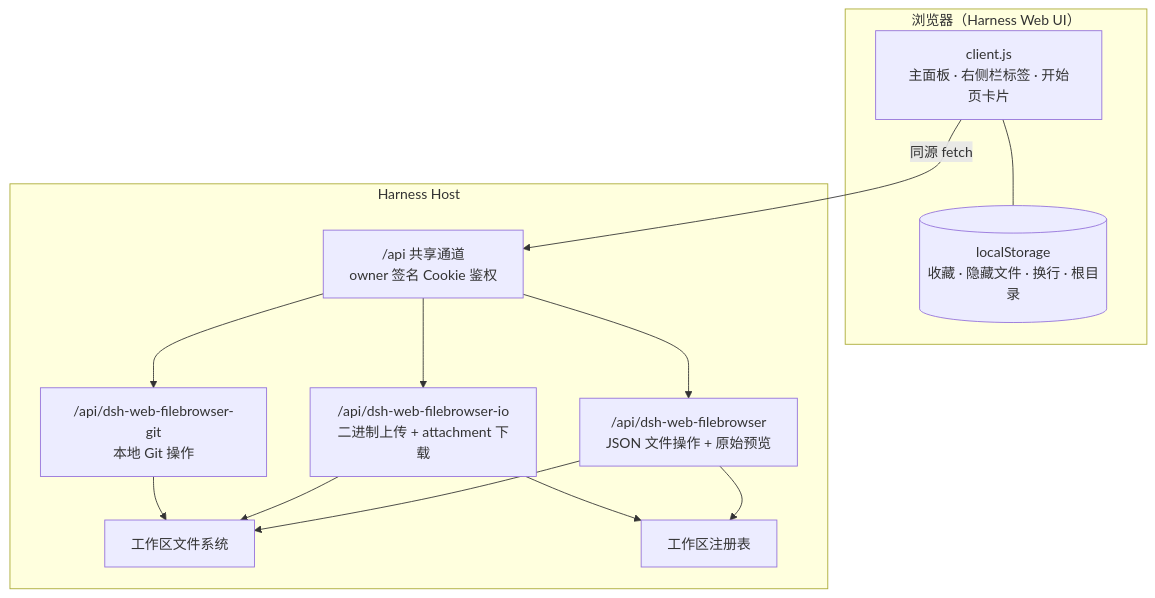
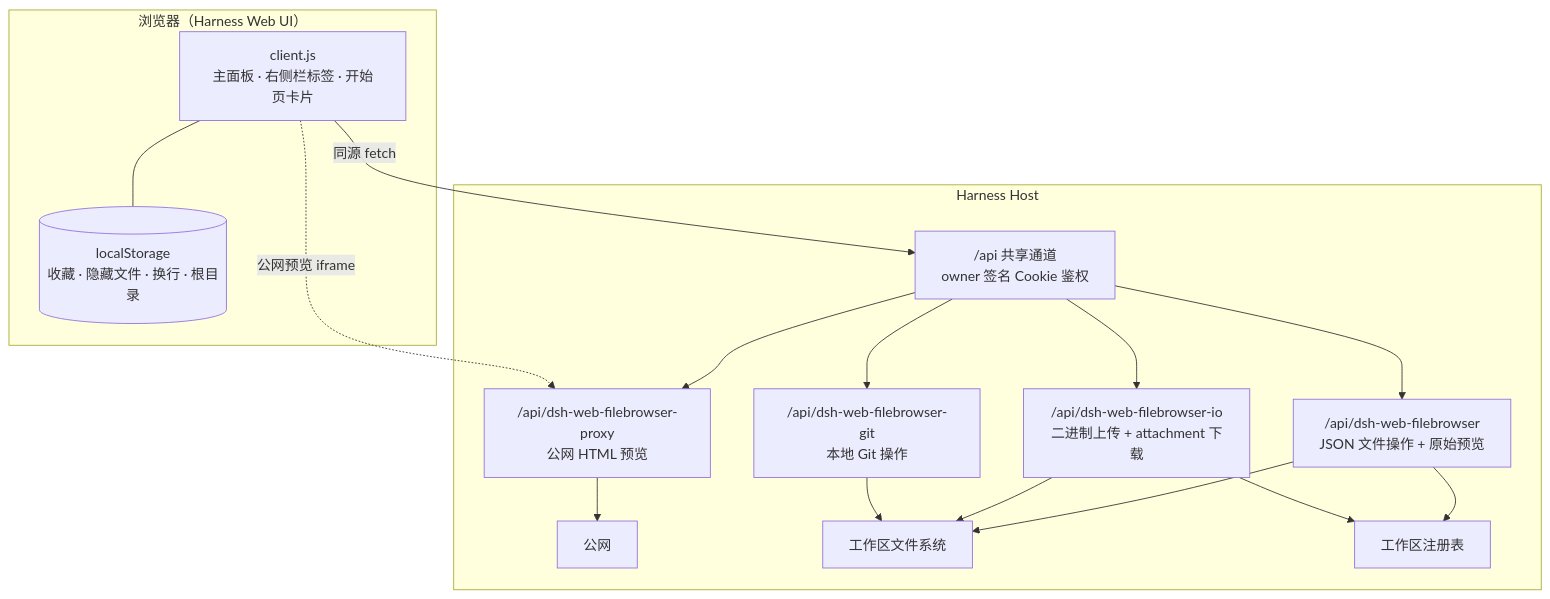
One commit to taskkill/dsh-web-dev-workspace changed the diagram in README.zh.md. Above: the diagram before and after it, drawn with Mermaid. The commit also changed other lines of this file and 8 other files, not shown here.

````diff
--- a/README.zh.md
+++ b/README.zh.md
@@ -273,27 +297,32 @@
 ```mermaid
 flowchart TB
   subgraph Browser["浏览器（Harness Web UI）"]
     UI["client.js<br/>主面板 · 右侧栏标签 · 开始页卡片"]
     LS[("localStorage<br/>收藏 · 隐藏文件 · 换行 · 根目录")]
     UI --- LS
   end
 
   subgraph Host["Harness Host"]
     API["/api 共享通道<br/>owner 签名 Cookie 鉴权"]
     MAIN["/api/dsh-web-filebrowser<br/>JSON 文件操作 + 原始预览"]
     IO["/api/dsh-web-filebrowser-io<br/>二进制上传 + attachment 下载"]
     GIT["/api/dsh-web-filebrowser-git<br/>本地 Git 操作"]
+    PROXY["/api/dsh-web-filebrowser-proxy<br/>公网 HTML 预览"]
+    NET["公网"]
     FS["工作区文件系统"]
     REG["工作区注册表"]
     API --> MAIN
     API --> IO
     API --> GIT
+    API --> PROXY
+    PROXY --> NET
     MAIN --> FS
     IO --> FS
     GIT --> FS
     MAIN --> REG
     IO --> REG
   end
 
   UI -- "同源 fetch" --> API
+  UI -. "公网预览 iframe" .-> PROXY
 ```
````
